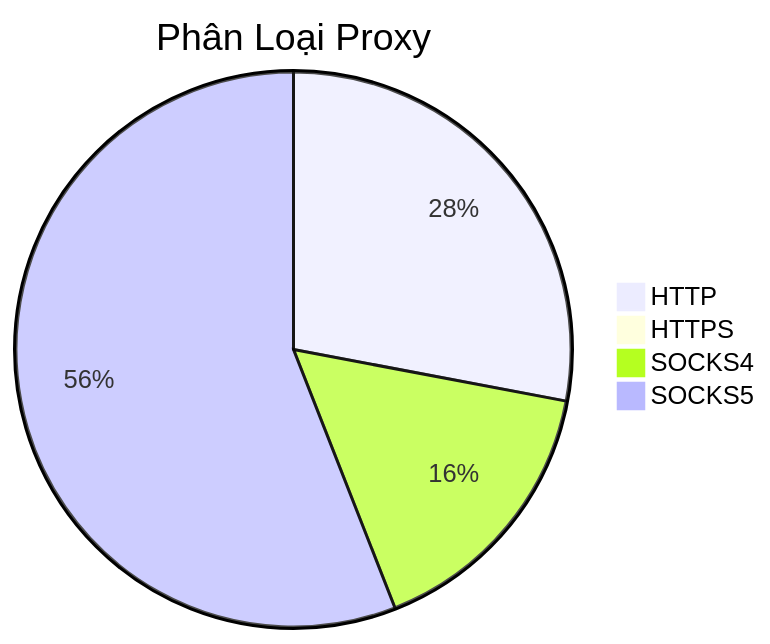
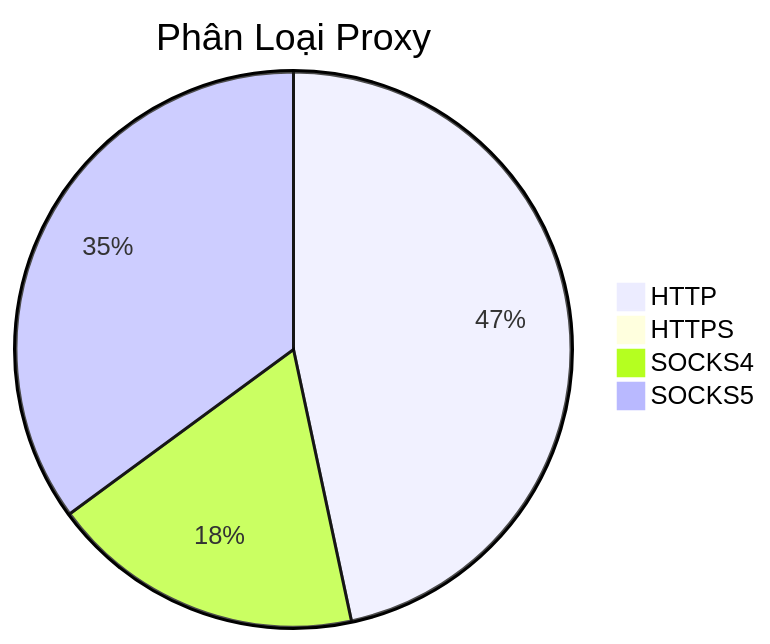
Before and after one commit to Ciara-12/PROXY-free: the diagram in README.md, drawn with Mermaid. The commit also changed other lines of this file and 3 other files, not shown here.

````diff
--- a/README.md
+++ b/README.md
@@ -26,7 +26,7 @@
 ```mermaid
 pie title Phân Loại Proxy
-    "HTTP" : 646
+    "HTTP" : 871
     "HTTPS" : 0
-    "SOCKS4" : 371
-    "SOCKS5" : 1292
+    "SOCKS4" : 341
+    "SOCKS5" : 655
 ```
````
